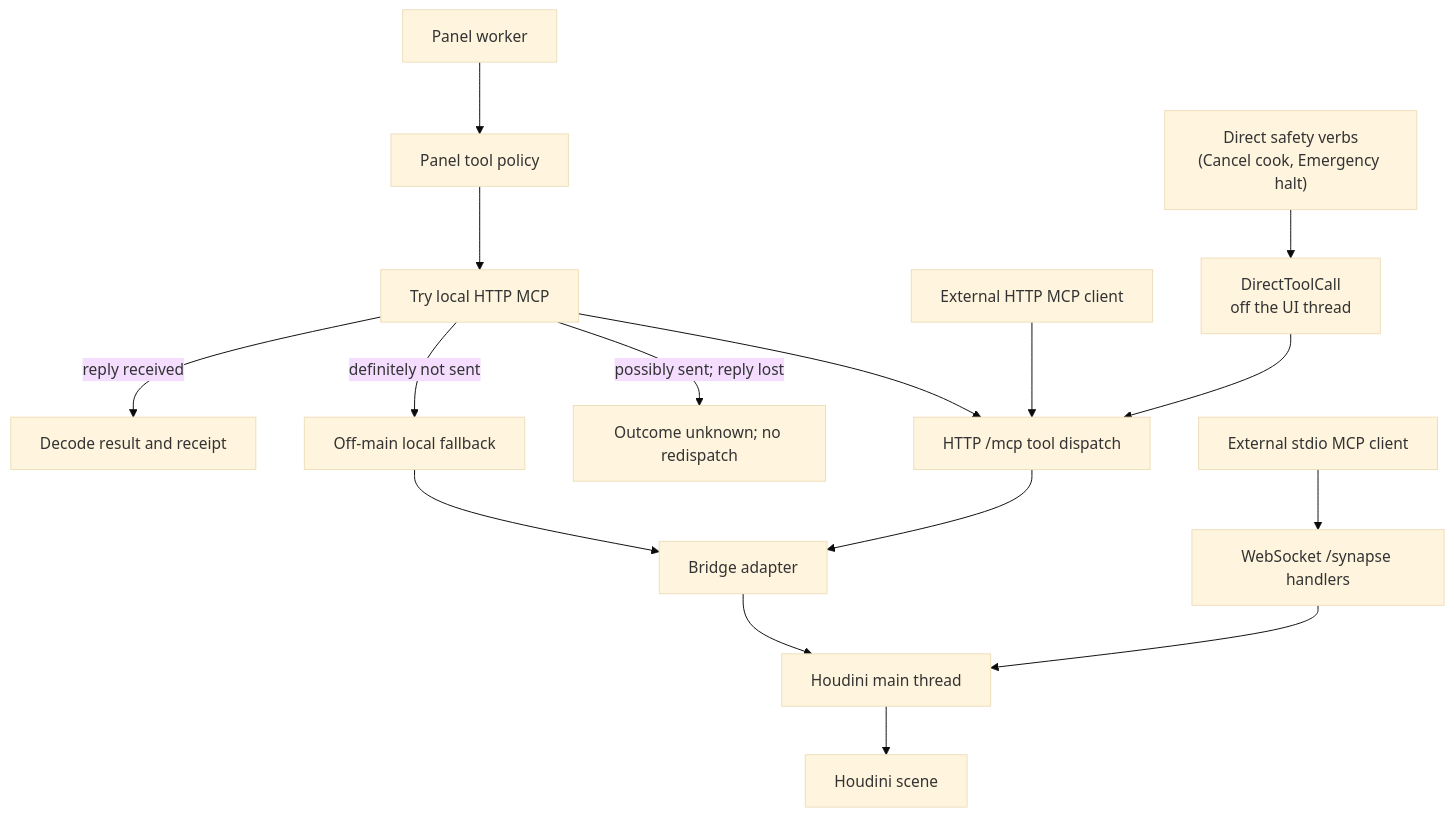
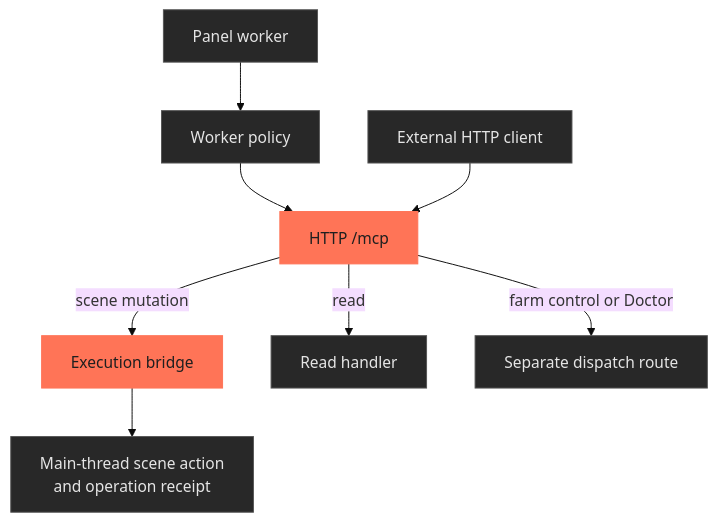
One commit to JosephOIbrahim/Synapse changed the first of 8 diagrams in docs/architecture/overview.md. Above: the diagram before and after it, drawn with Mermaid (base theme). The commit also changed other lines of this file and 4 other files, not shown here.

Commit message:
docs: simplify README and refresh workflow diagrams

````diff
--- a/docs/architecture/overview.md
+++ b/docs/architecture/overview.md
@@ -33,18 +28,15 @@
 ```mermaid
 flowchart TD
-    P["Panel worker"] --> POLICY["Panel tool policy"]
-    POLICY --> TRY["Try local HTTP MCP"]
-    TRY -->|"reply received"| RESULT["Decode result and receipt"]
-    TRY -->|"definitely not sent"| FALLBACK["Off-main local fallback"]
-    TRY -->|"possibly sent; reply lost"| UNKNOWN["Outcome unknown; no redispatch"]
-    TRY --> HTTP["HTTP /mcp tool dispatch"]
-    EXT["External HTTP MCP client"] --> HTTP
-    VERB["Direct safety verbs<br/>(Cancel cook, Emergency halt)"] --> DTC["DirectToolCall<br/>off the UI thread"]
-    DTC --> HTTP
-    HTTP --> BRIDGE["Bridge adapter"]
-    FALLBACK --> BRIDGE
-    STDIO["External stdio MCP client"] --> WS["WebSocket /synapse handlers"]
-    BRIDGE --> MAIN["Houdini main thread"]
-    WS --> MAIN
-    MAIN --> SCENE["Houdini scene"]
+    accTitle: HTTP dispatch separates scene mutations from other tools
+    accDescr: Panel calls pass worker policy before HTTP dispatch. External HTTP clients enter dispatch directly. Ordinary scene mutations use the bridge; reads, farm controls and Doctor have separate routes.
+    P["Panel worker"] --> W["Worker policy"]
+    W --> H["HTTP /mcp"]
+    E["External HTTP client"] --> H
+    H -->|"scene mutation"| B["Execution bridge"]
+    H -->|"read"| R["Read handler"]
+    H -->|"farm control or Doctor"| D["Separate dispatch route"]
+    B --> S["Main-thread scene action<br/>and operation receipt"]
+    classDef default fill:#282828,stroke:#555555,color:#E5E5E5
+    classDef synapse fill:#FF7457,stroke:#FF7457,color:#1F1F1F
+    class H,B synapse
 ```
````
